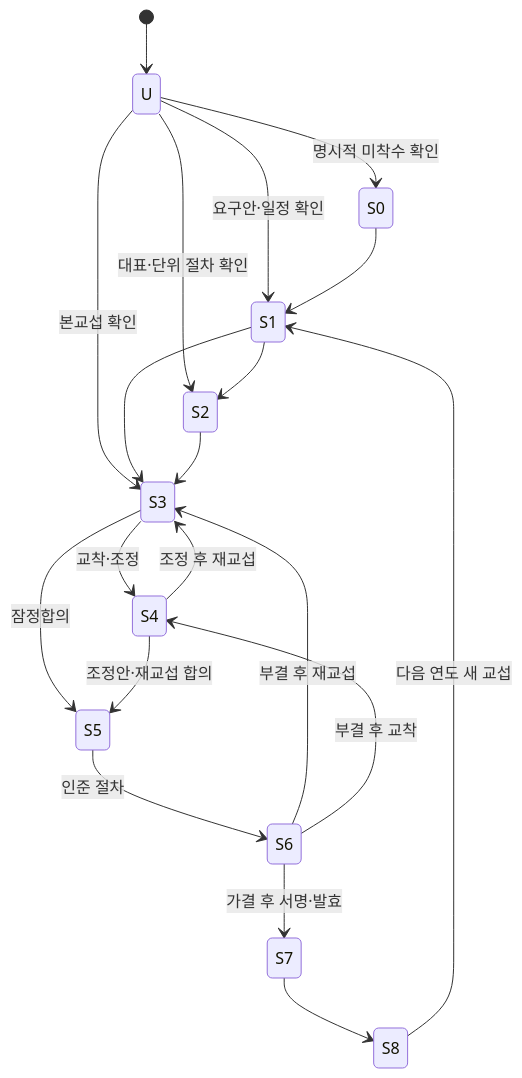
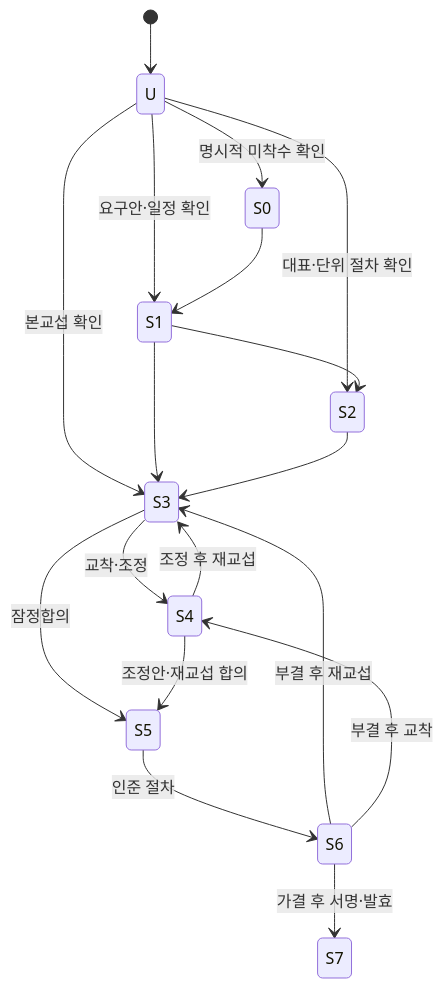
One commit to frypanegg/ER_Radar changed the diagram in docs/negotiation-framework.md. Above: the diagram before and after it, drawn with Mermaid. The commit also changed other lines of this file and 18 other files, not shown here.

```diff
--- a/docs/negotiation-framework.md
+++ b/docs/negotiation-framework.md
@@ -81,22 +82,20 @@
 ~~~mermaid
 stateDiagram-v2
   [*] --> U
   U --> S0: 명시적 미착수 확인
   U --> S1: 요구안·일정 확인
   U --> S2: 대표·단위 절차 확인
   U --> S3: 본교섭 확인
   S0 --> S1
   S1 --> S2
   S1 --> S3
   S2 --> S3
   S3 --> S4: 교착·조정
   S4 --> S3: 조정 후 재교섭
   S3 --> S5: 잠정합의
   S4 --> S5: 조정안·재교섭 합의
   S5 --> S6: 인준 절차
   S6 --> S7: 가결 후 서명·발효
   S6 --> S3: 부결 후 재교섭
   S6 --> S4: 부결 후 교착
-  S7 --> S8
-  S8 --> S1: 다음 연도 새 교섭
 ~~~
```
